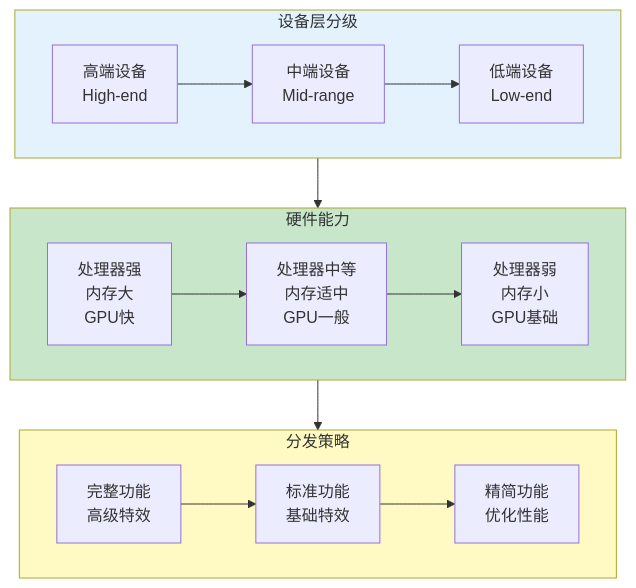
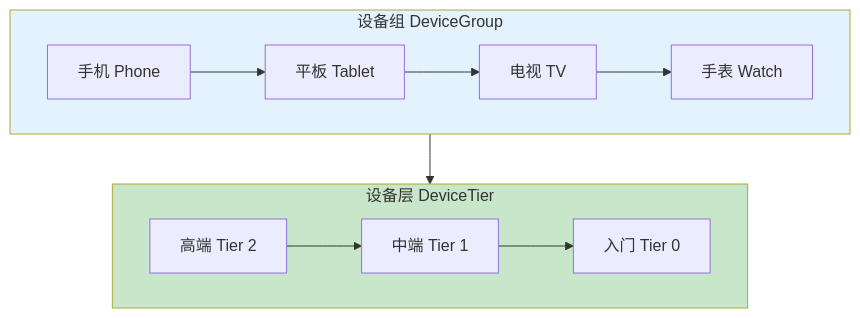
The first of 5 diagrams in AndroidDeveloperGuideStory/Contents/vol21/21.1.95 捆绑设备层.md (Carrie-L/carrie-l.github.io), drawn with Mermaid before and after one commit. The commit also changed other lines of this file, not shown here.

Commit message:
feat(chapter-21.1.95): implement BundleDeviceTier device tier configuration chapter

````diff
--- a/AndroidDeveloperGuideStory/Contents/vol21/21.1.95 捆绑设备层.md
+++ b/AndroidDeveloperGuideStory/Contents/vol21/21.1.95 捆绑设备层.md
@@ -55,23 +49,18 @@
 ```mermaid
 flowchart TB
-    subgraph DeviceTier["设备层分级"]
-        T1[高端设备<br/>High-end] --> T2[中端设备<br/>Mid-range]
-        T2 --> T3[低端设备<br/>Low-end]
+    subgraph DeviceGroup["设备组 DeviceGroup"]
+        DG1[手机 Phone] --> DG2[平板 Tablet]
+        DG2 --> DG3[电视 TV]
+        DG3 --> DG4[手表 Watch]
     end
     
-    subgraph Capabilities["硬件能力"]
-        C1[处理器强<br/>内存大<br/>GPU快] --> C2[处理器中等<br/>内存适中<br/>GPU一般]
-        C2 --> C3[处理器弱<br/>内存小<br/>GPU基础]
+    subgraph DeviceTier["设备层 DeviceTier"]
+        DT1[高端 Tier 2] --> DT2[中端 Tier 1]
+        DT2 --> DT3[入门 Tier 0]
     end
     
-    subgraph Distribution["分发策略"]
-        D1[完整功能<br/>高级特效] --> D2[标准功能<br/>基础特效]
-        D2 --> D3[精简功能<br/>优化性能]
-    end
+    DeviceGroup --> DeviceTier
     
-    DeviceTier --> Capabilities --> Distribution
-    
-    style DeviceTier fill:#e3f2fd
-    style Capabilities fill:#c8e6c9
-    style Distribution fill:#fff9c4
+    style DeviceGroup fill:#e3f2fd
+    style DeviceTier fill:#c8e6c9
 ```
````
